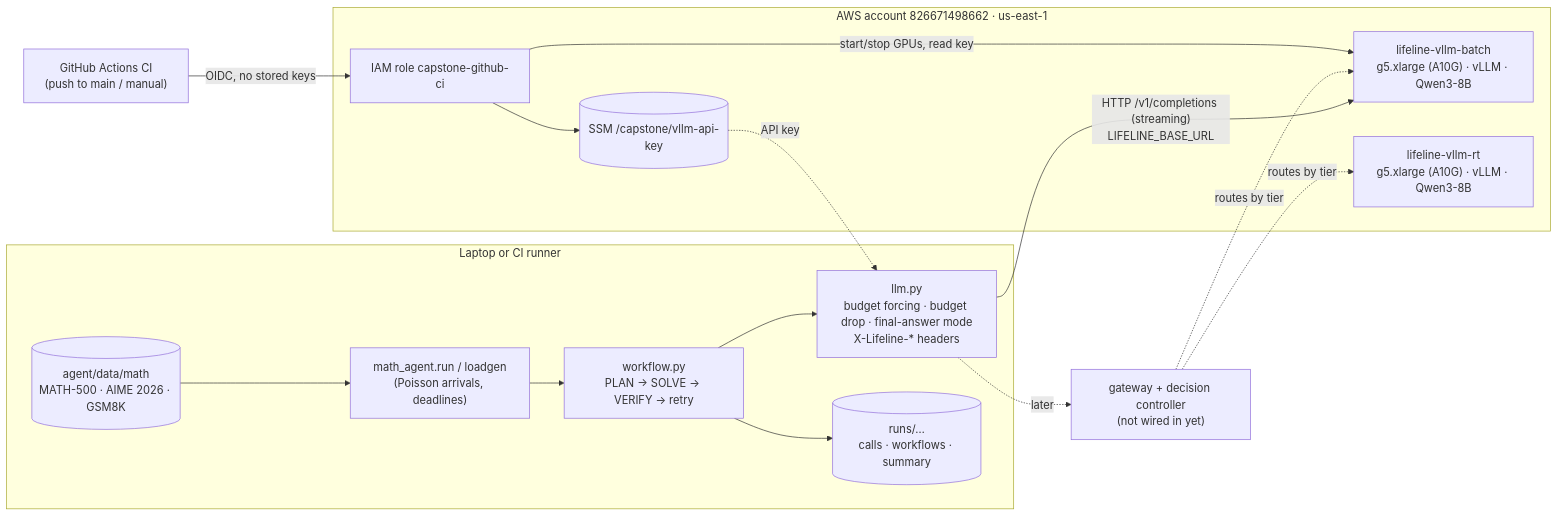
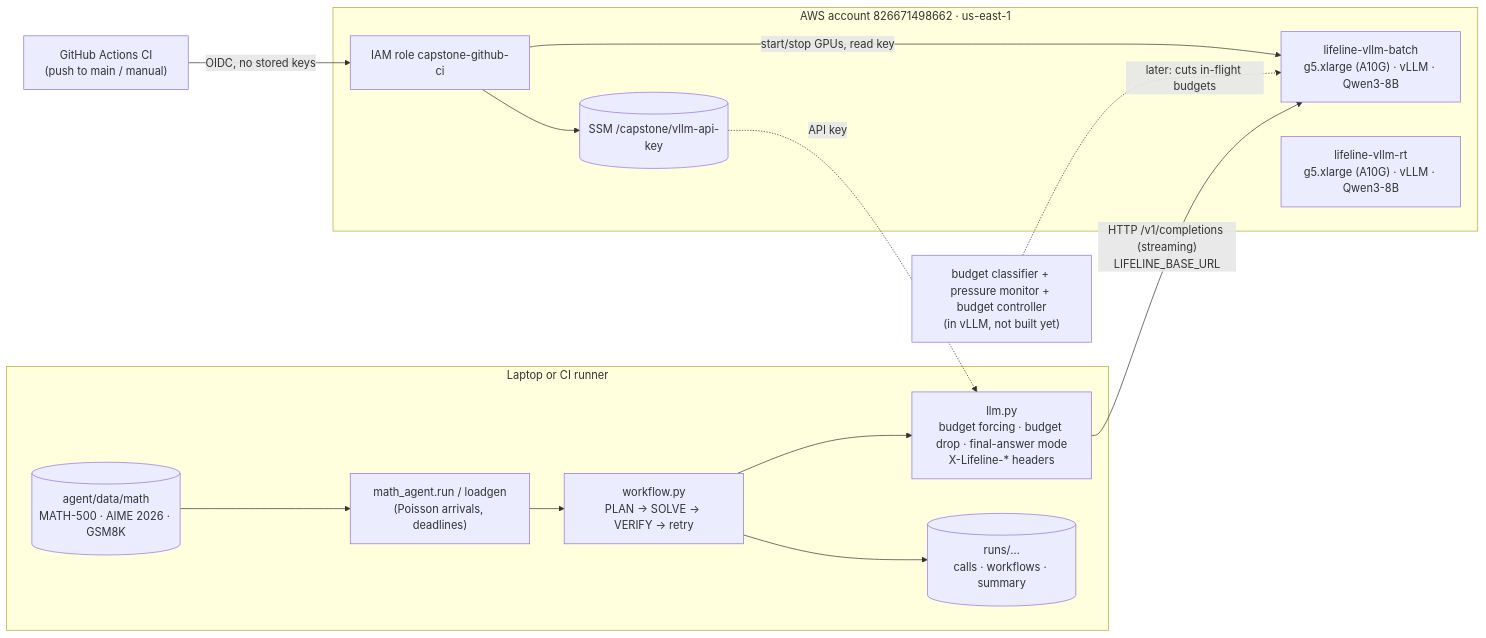
Before and after one commit to pyangyu/team1_nimbus_copy: the diagram in agent/README.md, drawn with Mermaid. The commit also changed other lines of this file and 1 other file, not shown here.

````diff
--- a/agent/README.md
+++ b/agent/README.md
@@ -13,30 +13,30 @@
 ```mermaid
 flowchart LR
   subgraph client["Laptop or CI runner"]
     cli["math_agent.run / loadgen<br/>(Poisson arrivals, deadlines)"]
     wf["workflow.py<br/>PLAN → SOLVE → VERIFY → retry"]
     llm["llm.py<br/>budget forcing · budget drop · final-answer mode<br/>X-Lifeline-* headers"]
     data[("agent/data/math<br/>MATH-500 · AIME 2026 · GSM8K")]
     out[("runs/…<br/>calls · workflows · summary")]
     cli --> wf --> llm
     data --> cli
     wf --> out
   end
 
   subgraph aws["AWS account 826671498662 · us-east-1"]
     batch["lifeline-vllm-batch<br/>g5.xlarge (A10G) · vLLM · Qwen3-8B"]
     rt["lifeline-vllm-rt<br/>g5.xlarge (A10G) · vLLM · Qwen3-8B"]
     ssm[("SSM /capstone/vllm-api-key")]
     role["IAM role capstone-github-ci"]
   end
 
   gh["GitHub Actions CI<br/>(push to main / manual)"]
-  gw["gateway + decision controller<br/>(not wired in yet)"]
+  bc["budget classifier + pressure monitor + budget controller<br/>(in vLLM, not built yet)"]
 
   llm -- "HTTP /v1/completions (streaming)<br/>LIFELINE_BASE_URL" --> batch
-  llm -. "later" .-> gw -. "routes by tier" .-> rt & batch
+  bc -. "later: cuts in-flight budgets" .-> batch
   gh -- "OIDC, no stored keys" --> role
   role -- "start/stop GPUs, read key" --> batch
   role --> ssm
   ssm -. "API key" .-> llm
 ```
````
